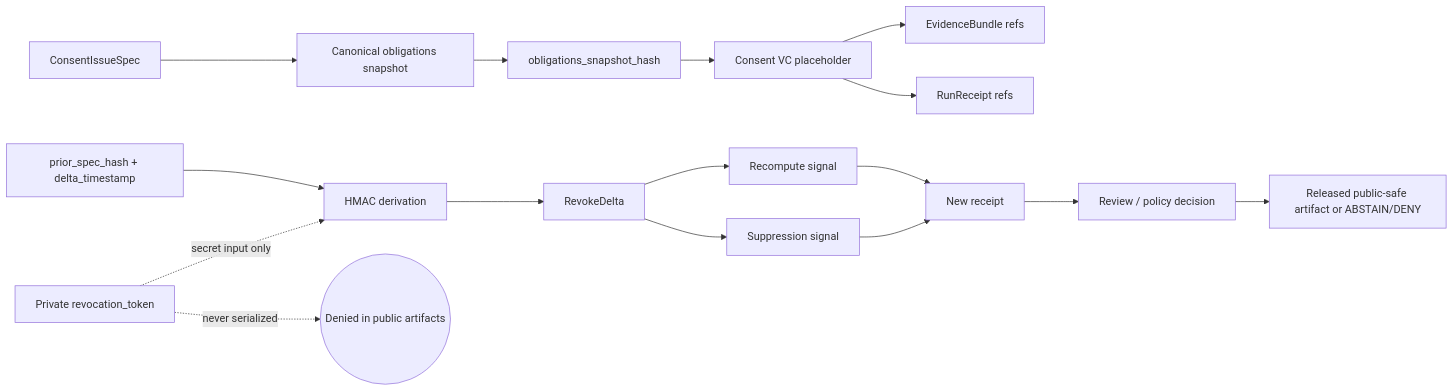
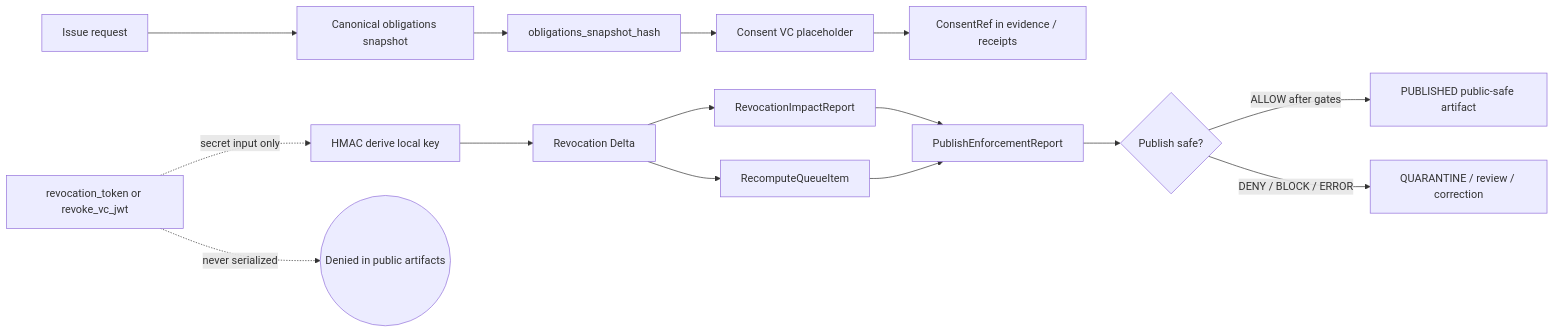
The first of 2 diagrams in docs/adr/ADR-0427-consent-vc-and-revocation-delta.md (bartytime4life/Kansas-Frontier-Matrix), drawn with Mermaid before and after one commit. The commit also changed other lines of this file, not shown here.

````diff
--- a/docs/adr/ADR-0427-consent-vc-and-revocation-delta.md
+++ b/docs/adr/ADR-0427-consent-vc-and-revocation-delta.md
@@ -158,21 +159,19 @@
 ```mermaid
 flowchart LR
-    A[ConsentIssueSpec] --> B[Canonical obligations snapshot]
-    B --> C[obligations_snapshot_hash]
-    C --> D[Consent VC placeholder]
-    D --> E[EvidenceBundle refs]
-    D --> F[RunReceipt refs]
+  A[Issue request] --> B[Canonical obligations snapshot]
+  B --> C[obligations_snapshot_hash]
+  C --> D[Consent VC placeholder]
+  D --> E[ConsentRef in evidence / receipts]
 
-    R[Private revocation_token] -. secret input only .-> H[HMAC derivation]
-    G[prior_spec_hash + delta_timestamp] --> H
-    H --> I[RevokeDelta]
-    I --> J[Suppression signal]
-    I --> K[Recompute signal]
-    J --> L[New receipt]
-    K --> L
+  R[revocation_token or revoke_vc_jwt] -. secret input only .-> H[HMAC derive local key]
+  H --> I[Revocation Delta]
+  I --> J[RevocationImpactReport]
+  I --> K[RecomputeQueueItem]
+  J --> L[PublishEnforcementReport]
+  K --> L
+  L --> M{Publish safe?}
+  M -->|ALLOW after gates| N[PUBLISHED public-safe artifact]
+  M -->|DENY / BLOCK / ERROR| O[QUARANTINE / review / correction]
 
-    L --> M[Review / policy decision]
-    M --> N[Released public-safe artifact or ABSTAIN/DENY]
-
-    R -. never serialized .-> X((Denied in public artifacts))
+  R -. never serialized .-> X((Denied in public artifacts))
 ```
````
